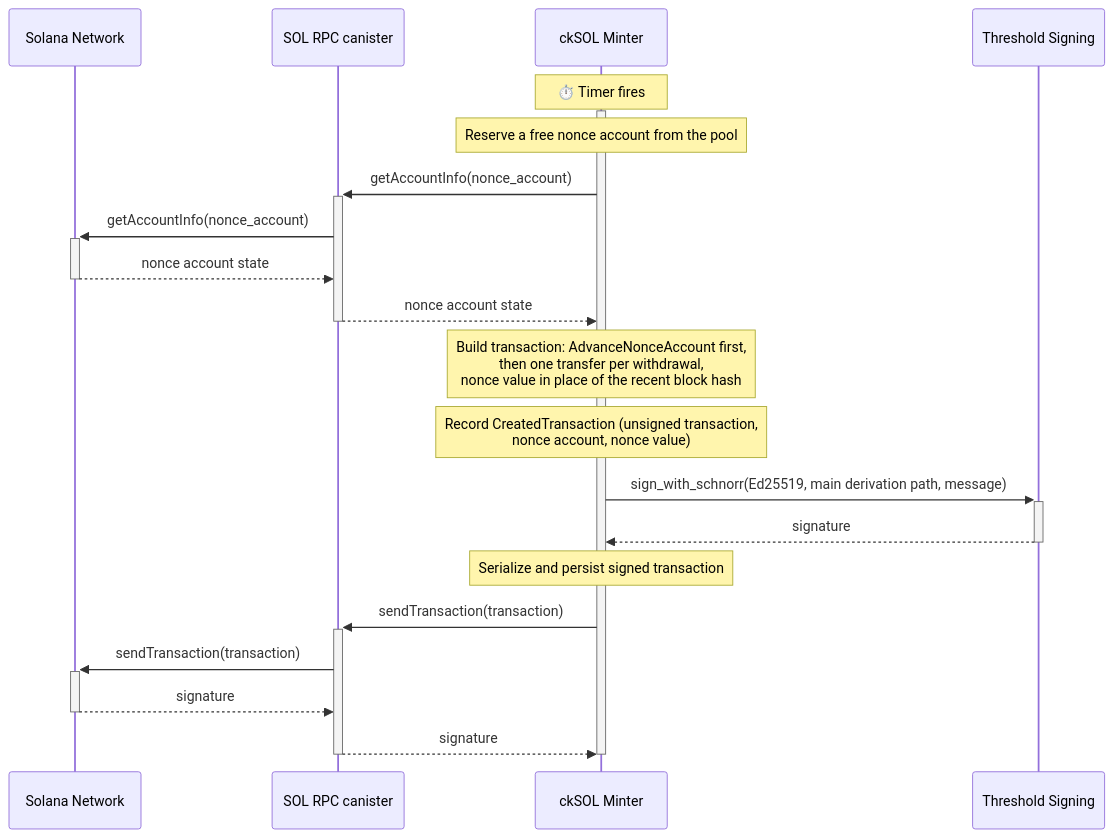
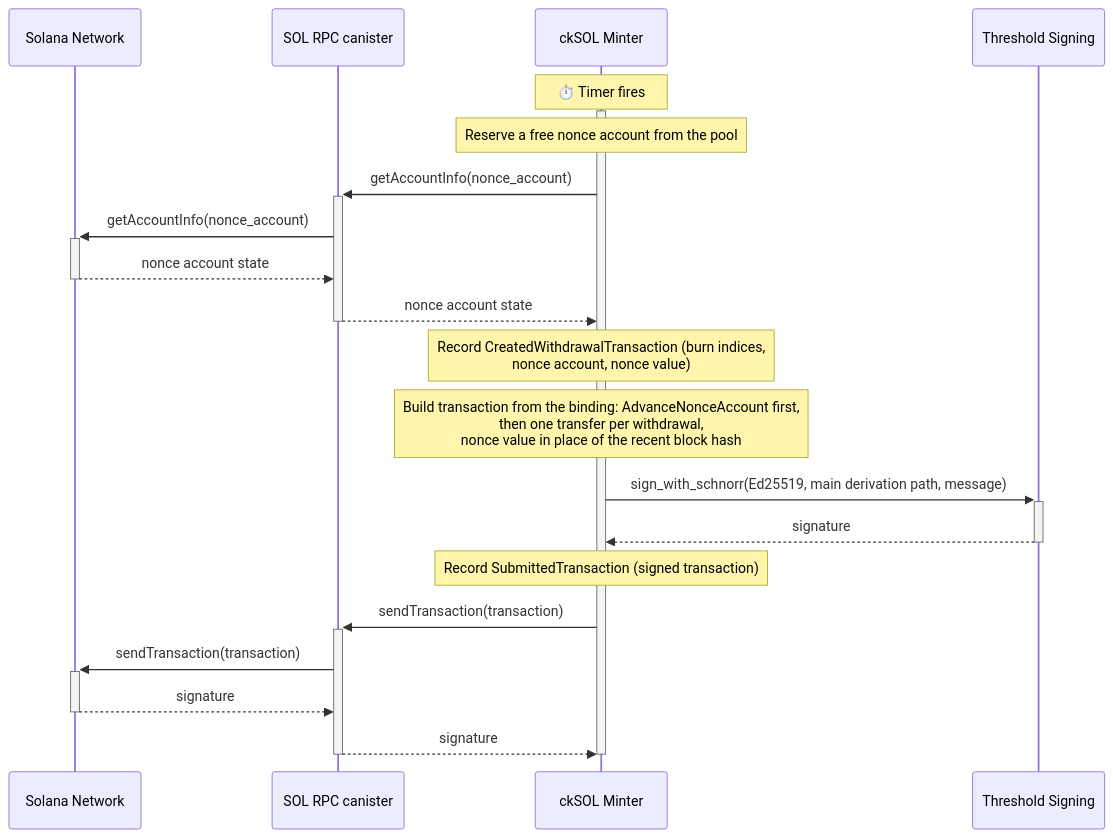
The sixth of 8 diagrams in docs/design.md (dfinity/cksol), drawn with Mermaid before and after one commit. The commit also changed other lines of this file and 25 other files, not shown here.

````diff
--- a/docs/design.md
+++ b/docs/design.md
@@ -536,25 +536,25 @@
 ```mermaid
 sequenceDiagram
     participant Solana as Solana Network
     participant RPC as SOL RPC canister
     participant Minter as ckSOL Minter
     participant Signer as Threshold Signing
 
     Note over Minter: ⏱️ Timer fires
     activate Minter
     Note over Minter: Reserve a free nonce account from the pool
     Minter->>+RPC: getAccountInfo(nonce_account)
     RPC->>+Solana: getAccountInfo(nonce_account)
     Solana-->>-RPC: nonce account state
     RPC-->>-Minter: nonce account state
-    Note over Minter: Build transaction: AdvanceNonceAccount first,<br/>then one transfer per withdrawal,<br/>nonce value in place of the recent block hash
-    Note over Minter: Record CreatedTransaction (unsigned transaction,<br/>nonce account, nonce value)
+    Note over Minter: Record CreatedWithdrawalTransaction (burn indices,<br/>nonce account, nonce value)
+    Note over Minter: Build transaction from the binding: AdvanceNonceAccount first,<br/>then one transfer per withdrawal,<br/>nonce value in place of the recent block hash
     Minter->>+Signer: sign_with_schnorr(Ed25519, main derivation path, message)
     Signer-->>-Minter: signature
-    Note over Minter: Serialize and persist signed transaction
+    Note over Minter: Record SubmittedTransaction (signed transaction)
     Minter->>+RPC: sendTransaction(transaction)
     RPC->>+Solana: sendTransaction(transaction)
     Solana-->>-RPC: signature
     RPC-->>-Minter: signature
     deactivate Minter
 ```
````
